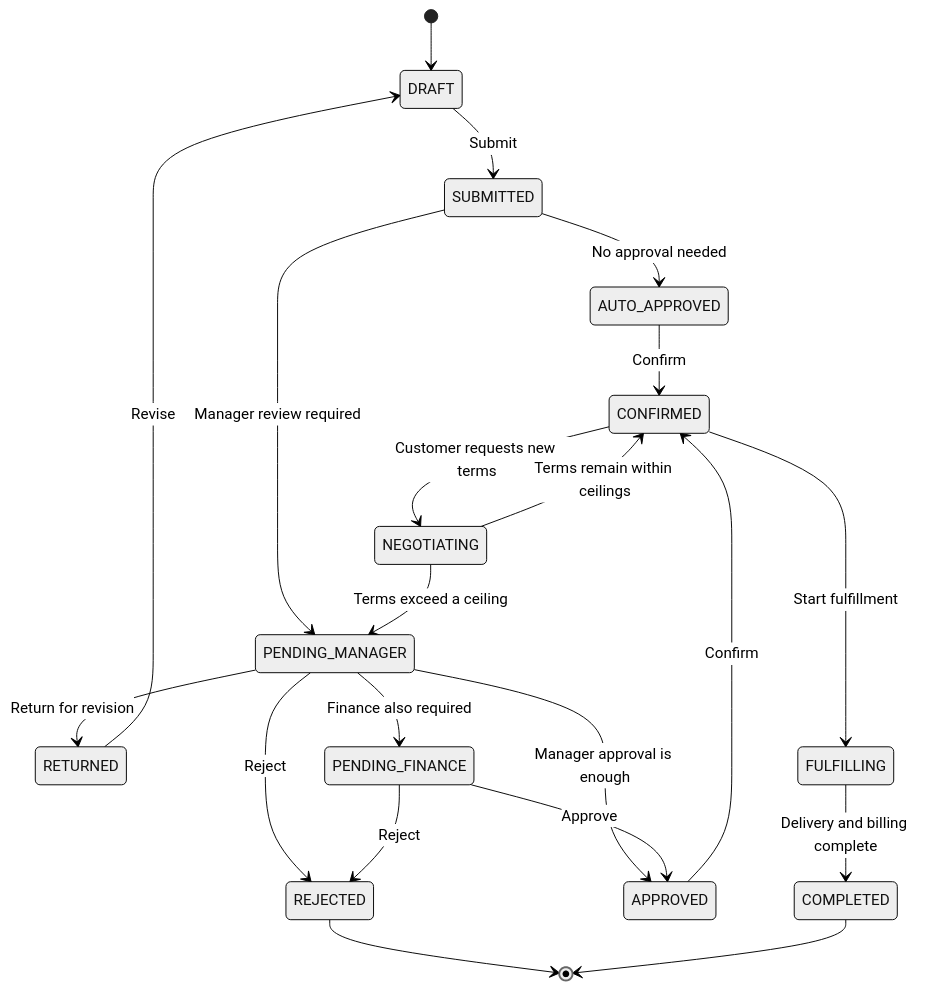
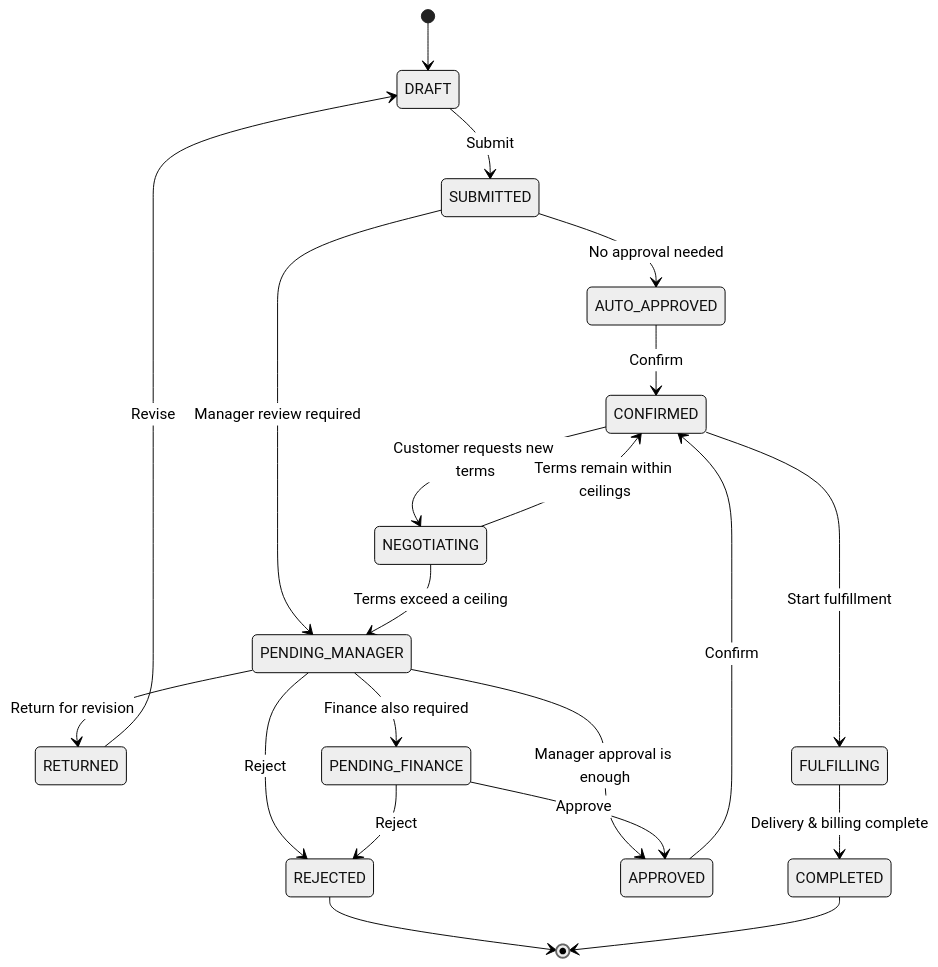
Before and after one commit to RushilParikh06/DealFlow360: the third of 3 diagrams in README.md, drawn with Mermaid (neutral theme). The commit also changed other lines of this file, not shown here.

````diff
--- a/README.md
+++ b/README.md
@@ -252,23 +233,23 @@
 ```mermaid
 stateDiagram-v2
     [*] --> DRAFT
     DRAFT --> SUBMITTED: Submit
     SUBMITTED --> AUTO_APPROVED: No approval needed
     SUBMITTED --> PENDING_MANAGER: Manager review required
     PENDING_MANAGER --> REJECTED: Reject
     PENDING_MANAGER --> RETURNED: Return for revision
     RETURNED --> DRAFT: Revise
     PENDING_MANAGER --> PENDING_FINANCE: Finance also required
     PENDING_MANAGER --> APPROVED: Manager approval is enough
     PENDING_FINANCE --> REJECTED: Reject
     PENDING_FINANCE --> APPROVED: Approve
     AUTO_APPROVED --> CONFIRMED: Confirm
     APPROVED --> CONFIRMED: Confirm
     CONFIRMED --> FULFILLING: Start fulfillment
-    FULFILLING --> COMPLETED: Delivery and billing complete
+    FULFILLING --> COMPLETED: Delivery & billing complete
     CONFIRMED --> NEGOTIATING: Customer requests new terms
     NEGOTIATING --> CONFIRMED: Terms remain within ceilings
     NEGOTIATING --> PENDING_MANAGER: Terms exceed a ceiling
     REJECTED --> [*]
     COMPLETED --> [*]
 ```
````
